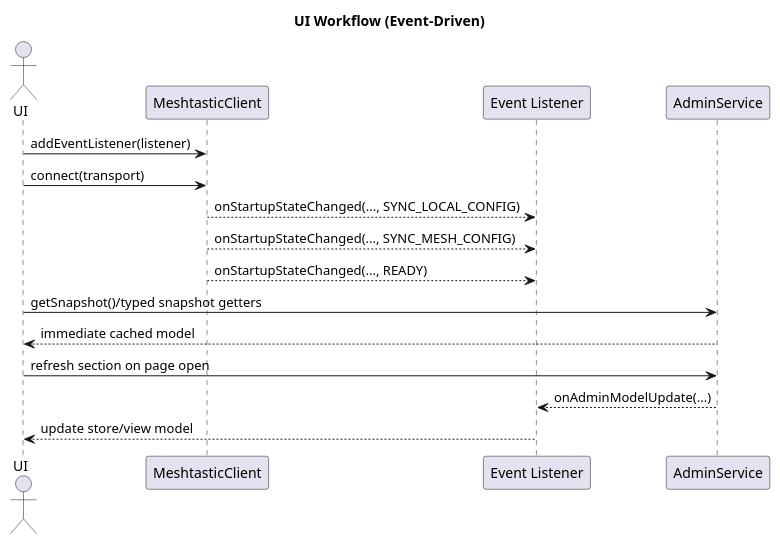
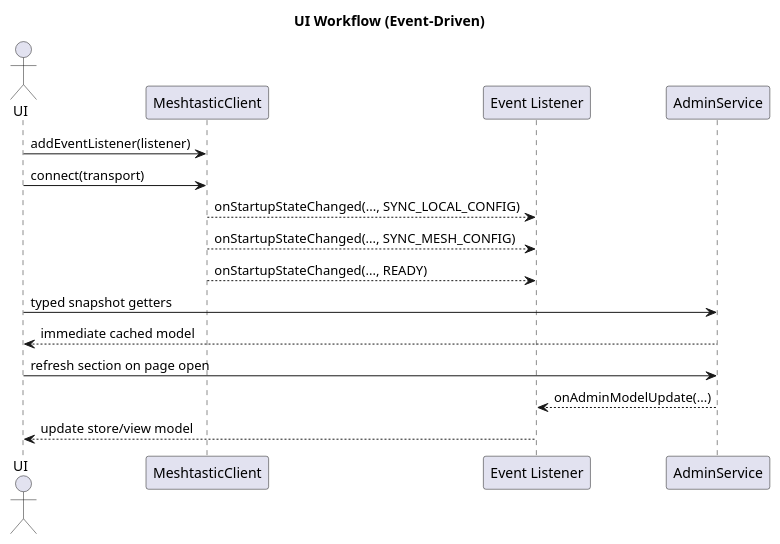
Before and after one commit to meshMKT/meshtastic-java-client: the first of 2 diagrams in src/docs/asciidoc/sections/03-application-use-cases.adoc, drawn with PlantUML. The commit also changed other lines of this file and 23 other files, not shown here.

```diff
--- a/src/docs/asciidoc/sections/03-application-use-cases.adoc
+++ b/src/docs/asciidoc/sections/03-application-use-cases.adoc
@@ -97,24 +97,24 @@
 [plantuml,ui-workflow,svg]
 ----
 @startuml
 title UI Workflow (Event-Driven)
 
 actor UI
 participant "MeshtasticClient" as Client
 participant "Event Listener" as Listener
 participant "AdminService" as Admin
 
 UI -> Client: addEventListener(listener)
 UI -> Client: connect(transport)
 Client --> Listener: onStartupStateChanged(..., SYNC_LOCAL_CONFIG)
 Client --> Listener: onStartupStateChanged(..., SYNC_MESH_CONFIG)
 Client --> Listener: onStartupStateChanged(..., READY)
 
-UI -> Admin: getSnapshot()/typed snapshot getters
+UI -> Admin: typed snapshot getters
 Admin --> UI: immediate cached model
 
 UI -> Admin: refresh section on page open
 Admin --> Listener: onAdminModelUpdate(...)
 Listener --> UI: update store/view model
 @enduml
 ----
```
